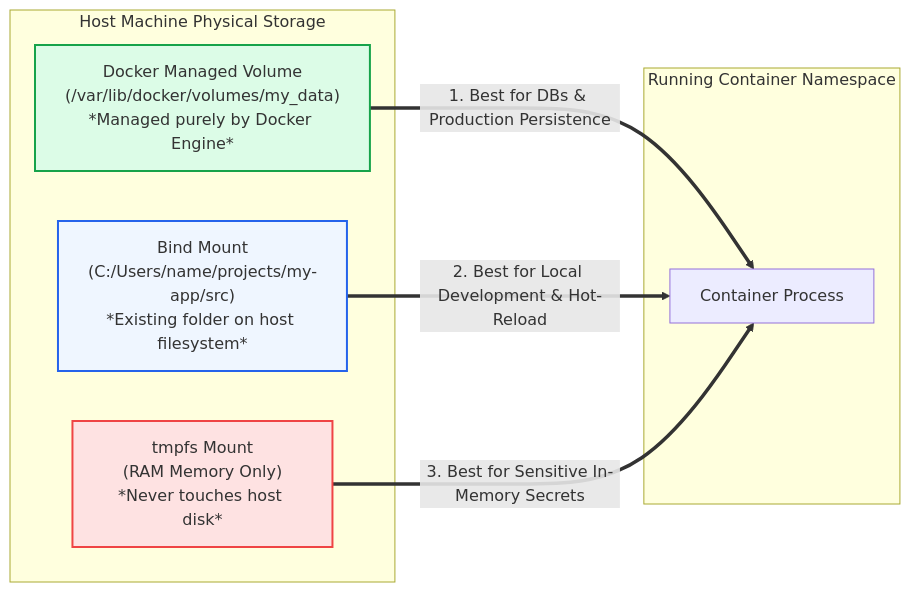
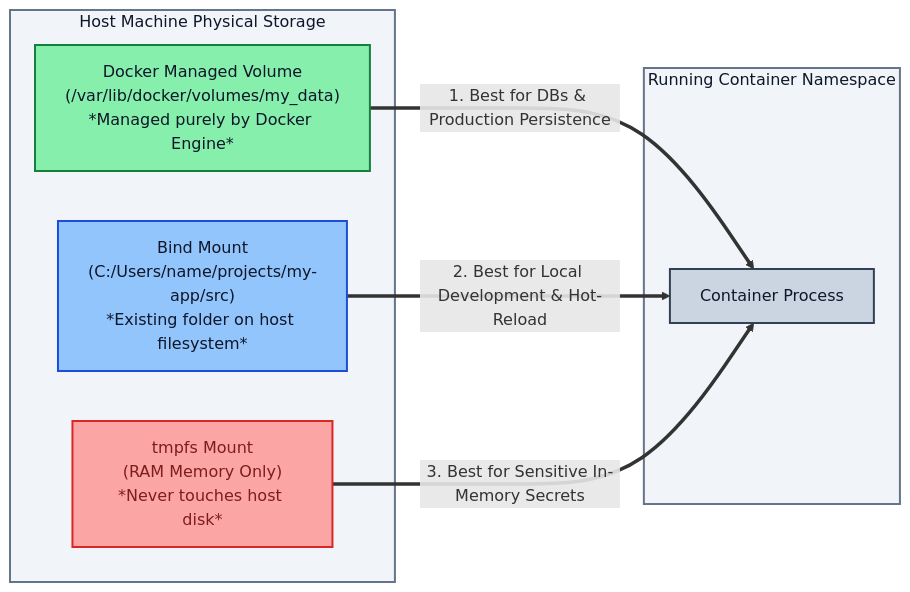
The third of 3 diagrams in 01-Docker/03-Networking-Volumes-and-Compose.md (PandeyKishan/Study-Notes), drawn with Mermaid before and after one commit. The commit also changed other lines of this file and 22 other files, not shown here.

Commit message:
docs: enhance diagram visibility with high-contrast palette and add concise book definitions

````diff
--- a/01-Docker/03-Networking-Volumes-and-Compose.md
+++ b/01-Docker/03-Networking-Volumes-and-Compose.md
@@ -137,20 +148,23 @@
 ```mermaid
 flowchart LR
     subgraph Host_Storage["Host Machine Physical Storage"]
         Vol["Docker Managed Volume\n(/var/lib/docker/volumes/my_data)\n*Managed purely by Docker Engine*"]
         Bind["Bind Mount\n(C:/Users/name/projects/my-app/src)\n*Existing folder on host filesystem*"]
         Tmp["tmpfs Mount\n(RAM Memory Only)\n*Never touches host disk*"]
     end
 
     subgraph Running_Container["Running Container Namespace"]
         App["Container Process"]
     end
 
     Vol ==>|1. Best for DBs & Production Persistence| App
     Bind ==>|2. Best for Local Development & Hot-Reload| App
     Tmp ==>|3. Best for Sensitive In-Memory Secrets| App
 
-    style Vol fill:#dcfce7,stroke:#16a34a,stroke-width:2px
-    style Bind fill:#eff6ff,stroke:#2563eb,stroke-width:2px
-    style Tmp fill:#fee2e2,stroke:#ef4444,stroke-width:2px
+    style Host_Storage fill:#f1f5f9,stroke:#64748b,stroke-width:2px,color:#0f172a
+    style Running_Container fill:#f1f5f9,stroke:#64748b,stroke-width:2px,color:#0f172a
+    style Vol fill:#86efac,stroke:#15803d,stroke-width:2px,color:#0f172a
+    style Bind fill:#93c5fd,stroke:#1d4ed8,stroke-width:2px,color:#0f172a
+    style Tmp fill:#fca5a5,stroke:#dc2626,stroke-width:2px,color:#7f1d1d
+    style App fill:#cbd5e1,stroke:#334155,stroke-width:2px,color:#0f172a
 ```
````
